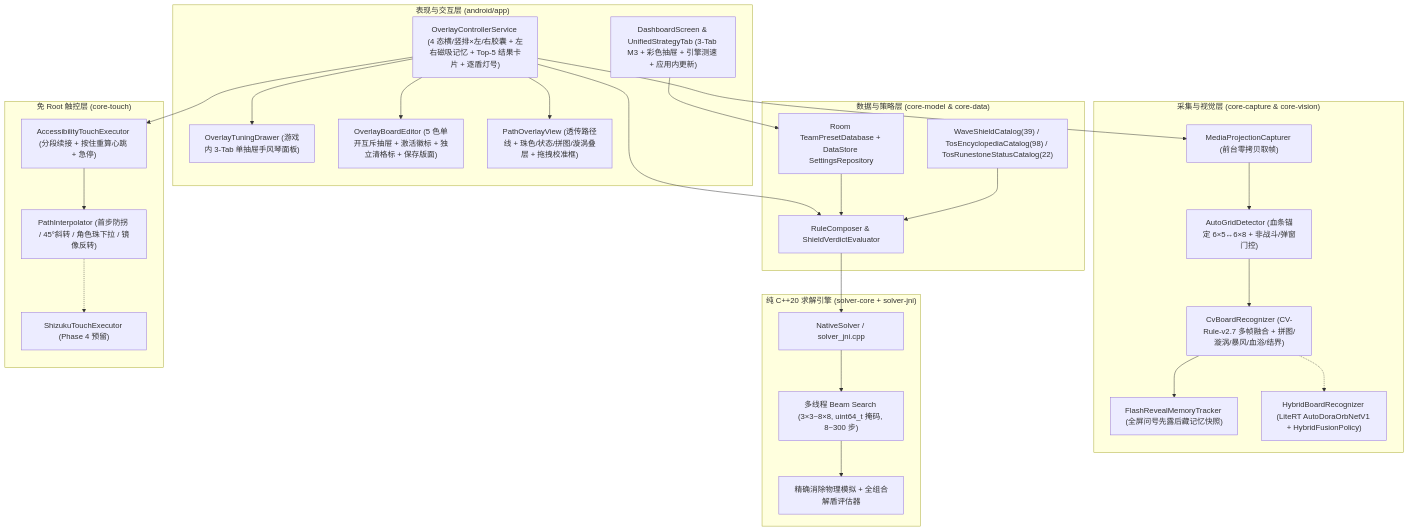
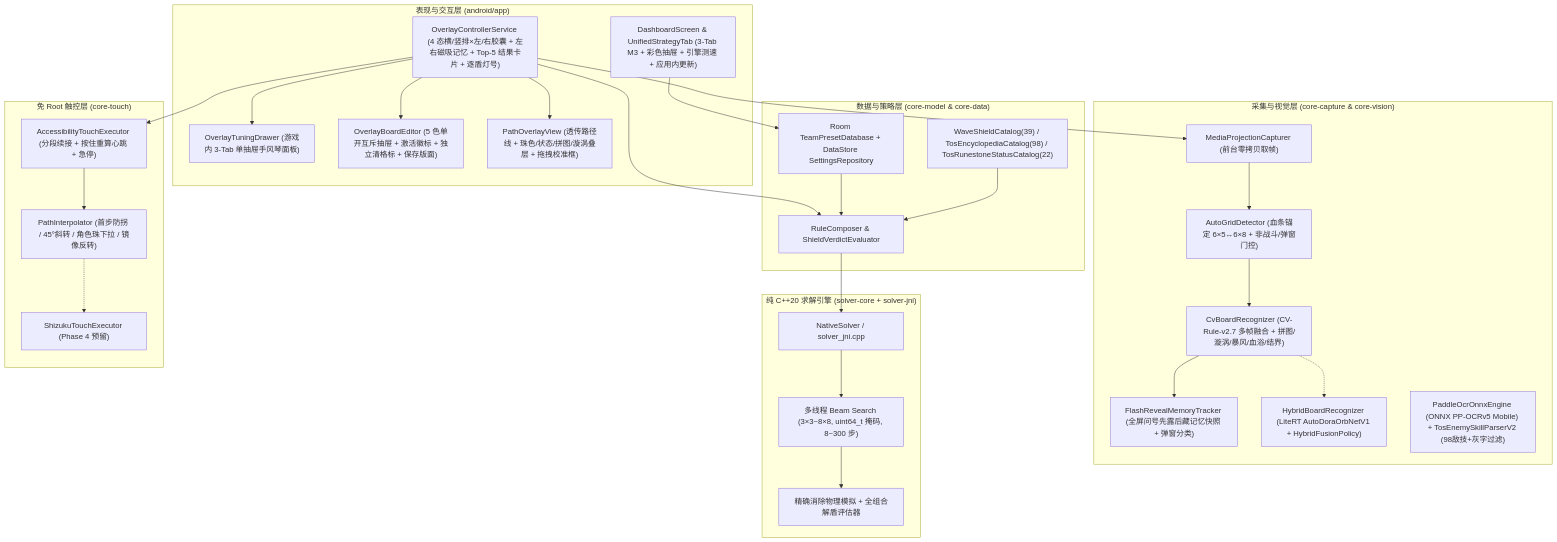
Before and after one commit to CloverKing/AutoDora-NEXT: the third of 3 diagrams in docs/ARCHITECTURE.md, drawn with Mermaid. The commit also changed other lines of this file and 29 other files, not shown here.

Commit message:
feat(vision): add offline PP-OCRv5 ONNX enemy skill recognition, 98-skill parser v2, and wave arbitration (v0.6.0)

````diff
--- a/docs/ARCHITECTURE.md
+++ b/docs/ARCHITECTURE.md
@@ -163,55 +167,56 @@
 ```mermaid
 flowchart TD
     subgraph UI["表现与交互层 (android/app)"]
         MainApp["DashboardScreen & UnifiedStrategyTab (3-Tab M3 + 彩色抽屉 + 引擎测速 + 应用内更新)"]
         OverlayMgr["OverlayControllerService (4 态横/竖排×左/右胶囊 + 左右磁吸记忆 + Top-5 结果卡片 + 逐盾灯号)"]
         TuningDrawer["OverlayTuningDrawer (游戏内 3-Tab 单抽屉手风琴面板)"]
         BoardEdit["OverlayBoardEditor (5 色单开互斥抽屉 + 激活徽标 + 独立清格标 + 保存版面)"]
         PathView["PathOverlayView (透传路径线 + 珠色/状态/拼图/漩涡叠层 + 拖拽校准框)"]
     end
 
     subgraph Data["数据与策略层 (core-model & core-data)"]
         Composer["RuleComposer & ShieldVerdictEvaluator"]
         Catalogs["WaveShieldCatalog(39) / TosEncyclopediaCatalog(98) / TosRunestoneStatusCatalog(22)"]
         Store["Room TeamPresetDatabase + DataStore SettingsRepository"]
     end
 
     subgraph CaptureVision["采集与视觉层 (core-capture & core-vision)"]
         MediaProj["MediaProjectionCapturer (前台零拷贝取帧)"]
         GridDetect["AutoGridDetector (血条锚定 6×5↔6×8 + 非战斗/弹窗门控)"]
         CvRecog["CvBoardRecognizer (CV-Rule-v2.7 多帧融合 + 拼图/漩涡/暴风/血浴/结界)"]
-        FlashMem["FlashRevealMemoryTracker (全屏问号先露后藏记忆快照)"]
+        FlashMem["FlashRevealMemoryTracker (全屏问号先露后藏记忆快照 + 弹窗分类)"]
         Hybrid["HybridBoardRecognizer (LiteRT AutoDoraOrbNetV1 + HybridFusionPolicy)"]
+        OcrEngine["PaddleOcrOnnxEngine (ONNX PP-OCRv5 Mobile) + TosEnemySkillParserV2 (98敌技+灰字过滤)"]
     end
 
     subgraph Solver["纯 C++20 求解引擎 (solver-core + solver-jni)"]
         JniBridge["NativeSolver / solver_jni.cpp"]
         BeamEngine["多线程 Beam Search (3×3~8×8, uint64_t 掩码, 8~300 步)"]
         SimEval["精确消除物理模拟 + 全组合解盾评估器"]
     end
 
     subgraph Touch["免 Root 触控层 (core-touch)"]
         PathSmooth["PathInterpolator (首步防拐 / 45°斜转 / 角色珠下拉 / 镜像反转)"]
         A11yExec["AccessibilityTouchExecutor (分段续接 + 按住重算心跳 + 急停)"]
         ShizukuExec["ShizukuTouchExecutor (Phase 4 预留)"]
     end
 
     MainApp --> Store
     OverlayMgr --> TuningDrawer
     OverlayMgr --> BoardEdit
     OverlayMgr --> PathView
     OverlayMgr --> Composer
     OverlayMgr --> MediaProj
     OverlayMgr --> A11yExec
     Store --> Composer
     Catalogs --> Composer
     MediaProj --> GridDetect
     GridDetect --> CvRecog
     CvRecog --> FlashMem
     CvRecog -.-> Hybrid
     Composer --> JniBridge
     JniBridge --> BeamEngine
     BeamEngine --> SimEval
     A11yExec --> PathSmooth
     PathSmooth -.-> ShizukuExec
 ```
````
